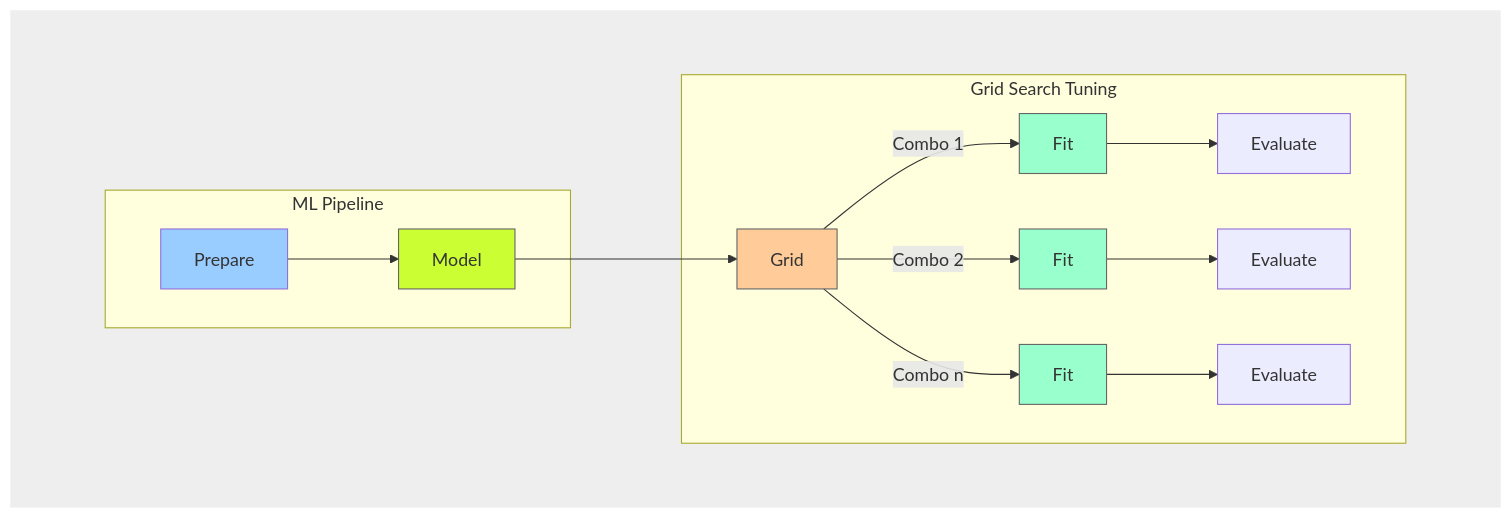
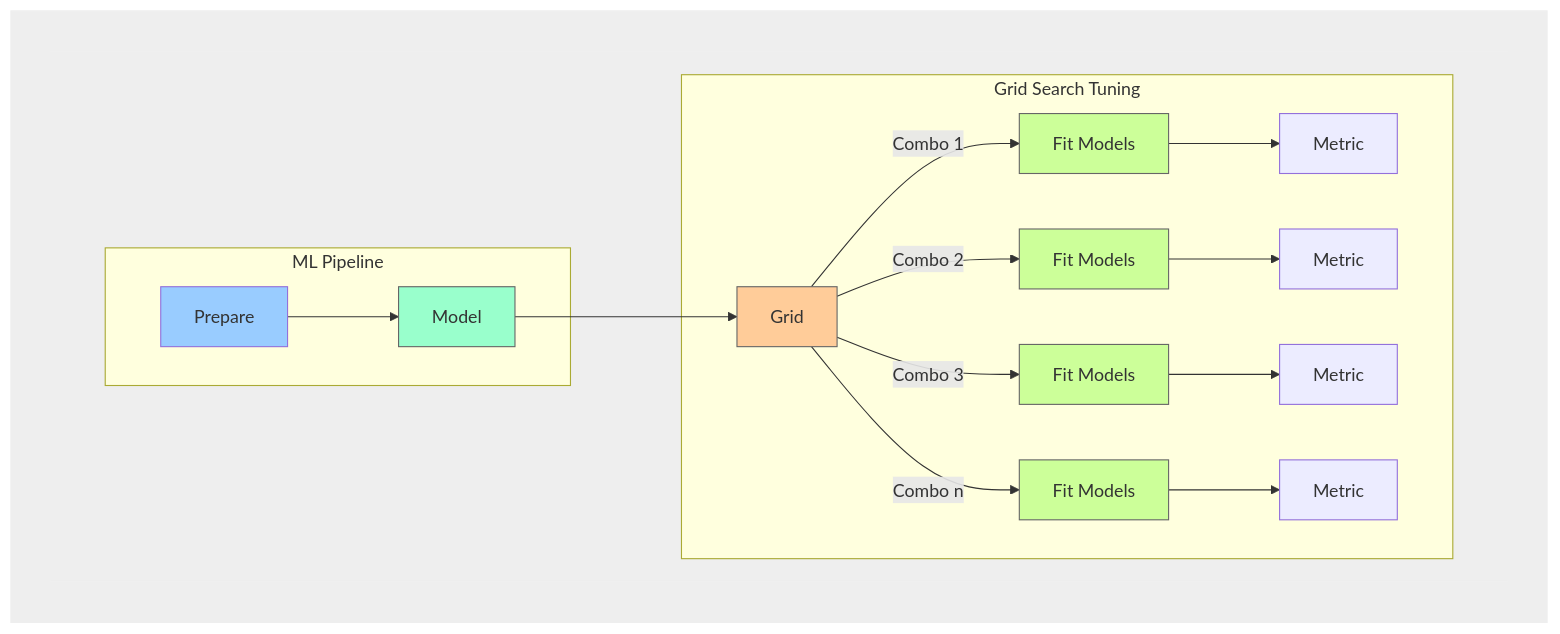
The first of 2 diagrams in guides/model_tuning_text.qmd (rstudio/spark.rstudio.com), drawn with Mermaid before and after one commit. The commit also changed other lines of this file and 4 other files, not shown here.

Commit message:
Adds second diagram, syncs colors with orignal diagram

````diff
--- a/guides/model_tuning_text.qmd
+++ b/guides/model_tuning_text.qmd
@@ -24,28 +24,31 @@
 ```{mermaid}
 %%| fig-width: 6.5
 flowchart LR
   subgraph id1 [ ]
     subgraph id2 [ ]
       subgraph id3 [ML Pipeline]
         d[Prepare] --> m[Model]
       end
       subgraph id4 [Grid Search Tuning]
         m --> gv[Grid]
-        gv-- Combo 1 -->ft1[Fit]
-        ft1 --> ev1[Evaluate]
-        gv-- Combo 2 -->ft2[Fit]
-        ft2 --> ev2[Evaluate]     
-        gv-- Combo n -->ft3[Fit]
-        ft3 --> ev3[Evaluate]    
+        gv-- Combo 1 -->ft1[Fit Models]
+        ft1 --> ev1[Metric]
+        gv-- Combo 2 -->ft2[Fit Models]
+        ft2 --> ev2[Metric]     
+        gv-- Combo 3 -->ft3[Fit Models]
+        ft3 --> ev3[Metric]  
+        gv-- Combo n -->ft4[Fit Models]
+        ft4 --> ev4[Metric]          
       end
     end
   end
   style id1 fill:#eee,stroke:#eee
   style id2 fill:#eee,stroke:#eee
   style d fill:#99ccff,stroke#666
-  style m fill:#ccff33,stroke:#666
+  style m fill:#99ffcc,stroke:#666
   style gv fill:#ffcc99,stroke:#666
-  style ft1 fill:#99ffcc,stroke:#666
-  style ft2 fill:#99ffcc,stroke:#666
-  style ft3 fill:#99ffcc,stroke:#666
+  style ft1 fill:#ccff99,stroke:#666
+  style ft2 fill:#ccff99,stroke:#666
+  style ft3 fill:#ccff99,stroke:#666
+  style ft4 fill:#ccff99,stroke:#666
 ```
````
